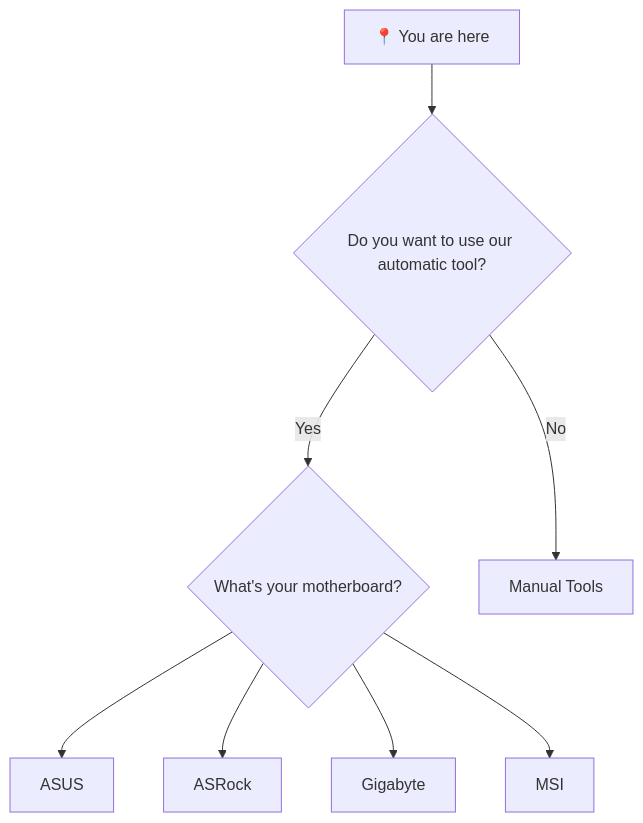
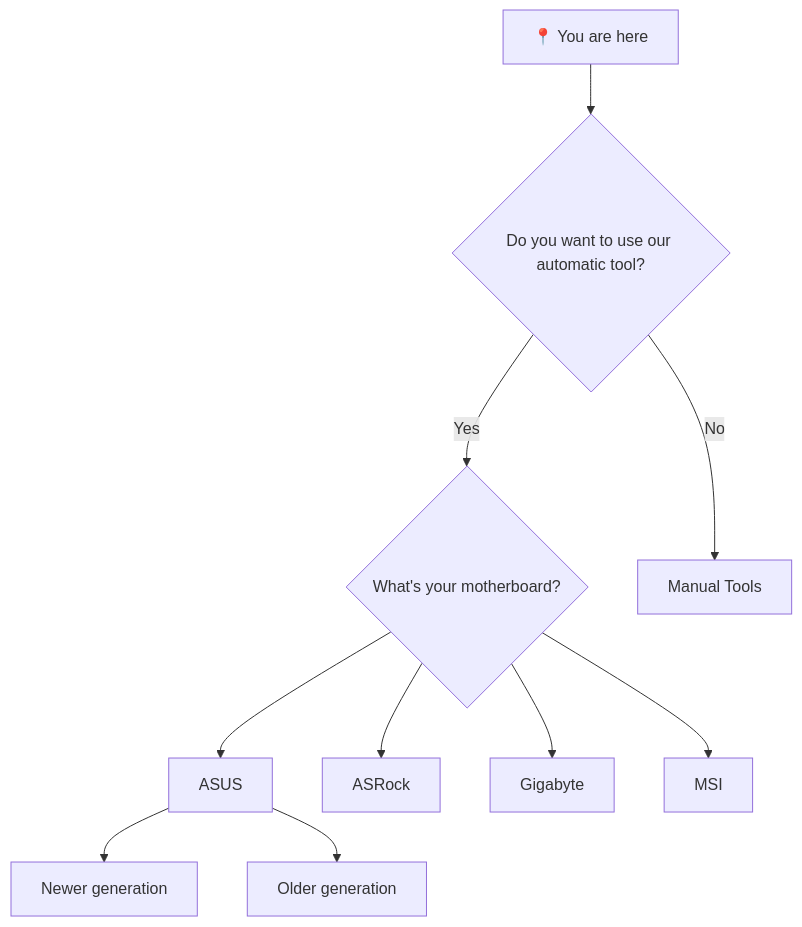
The second of 7 diagrams in introduction/spoof-order.md (GoofyNest/HardwareSpoofing), drawn with Mermaid before and after one commit.

Commit message:
GITBOOK-144: No subject

````diff
--- a/introduction/spoof-order.md
+++ b/introduction/spoof-order.md
@@ -75,18 +75,22 @@
 ```mermaid
 flowchart TD
     A["📍 You are here"] --> B{"Do you want to use our automatic tool?"}
 
     B -->|Yes| C{"What's your motherboard?"}
     B -->|No| D["Manual Tools"]
 
     C --> E["ASUS"]
     C --> F["ASRock"]
     C --> G["Gigabyte"]
     C --> H["MSI"]
+    
+    E --> EE["Newer generation"]
+    E --> EE1["Older generation"]
 
-    click E "https://goofynest.gitbook.io/spoof/asus" "Manual ASUS"
+    click EE1 "https://goofynest.gitbook.io/spoof/asus" "Manual ASUS"
+    click EE "https://goofynest.gitbook.io/spoof/ch341a" "Manual ASUS"
     click F "https://goofynest.gitbook.io/spoof/step-1" "Automatic ASRock"
     click G "https://goofynest.gitbook.io/spoof/step-1" "Automatic Gigabyte"
     click H "https://goofynest.gitbook.io/spoof/step-1" "Automatic MSI"
     click D "https://goofynest.gitbook.io/spoof/tools" "Spoofing tools"
 ```
````
